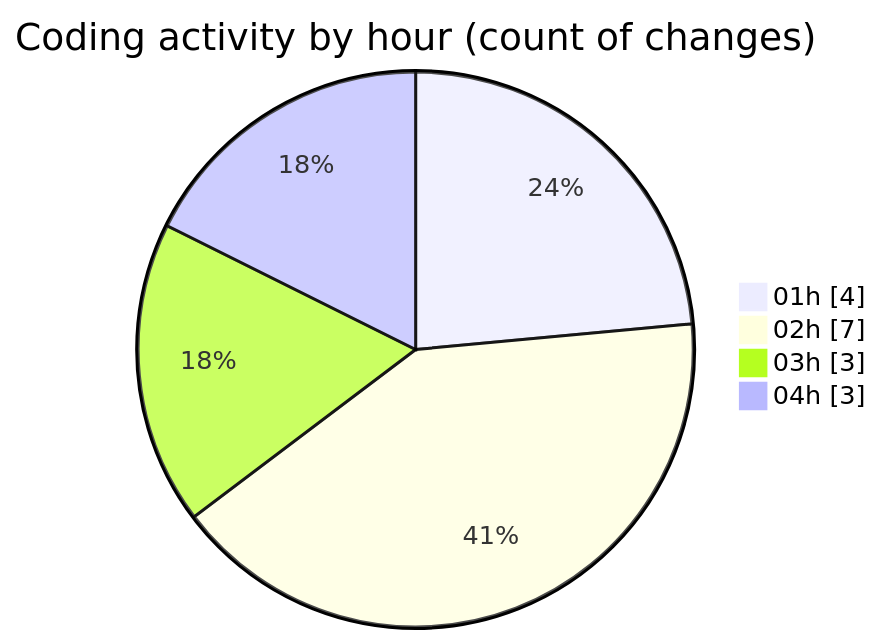
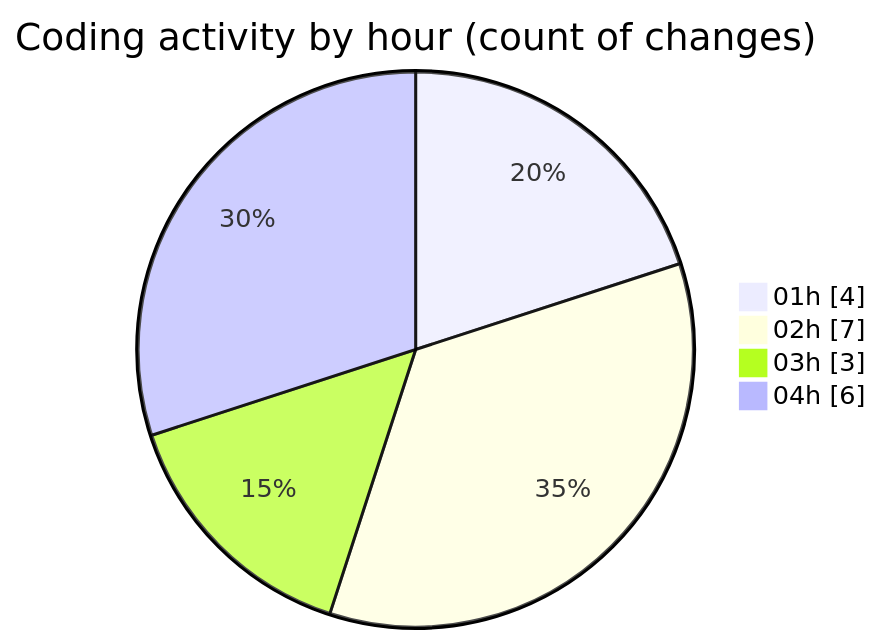
One commit to jrari/code-tracking changed the second of 2 diagrams in 2025-07-15/telebot/README.md. Above: the diagram before and after it, drawn with Mermaid. The commit also changed other lines of this file and 1 other file, not shown here.

````diff
--- a/2025-07-15/telebot/README.md
+++ b/2025-07-15/telebot/README.md
@@ -32,8 +33,8 @@
 ```mermaid
 pie showData
 title Coding activity by hour (count of changes)
 "01h" : 4
 "02h" : 7
 "03h" : 3
-"04h" : 3
+"04h" : 6
 ```
````
